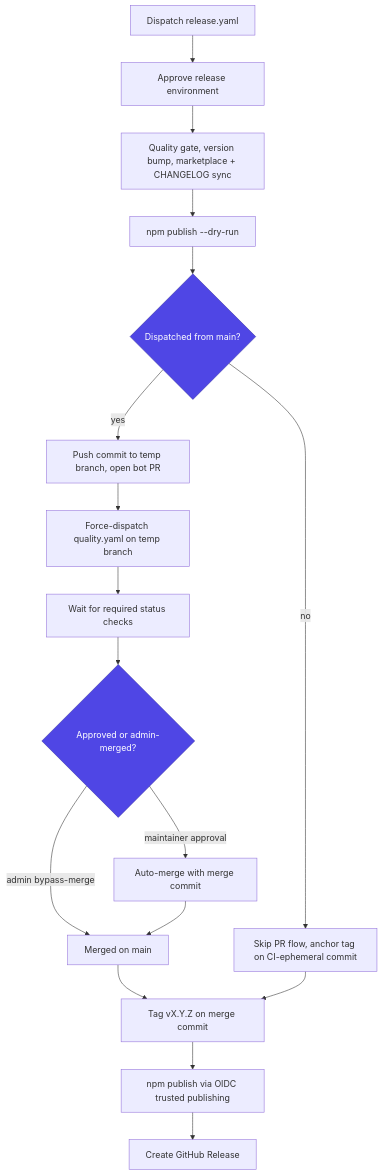
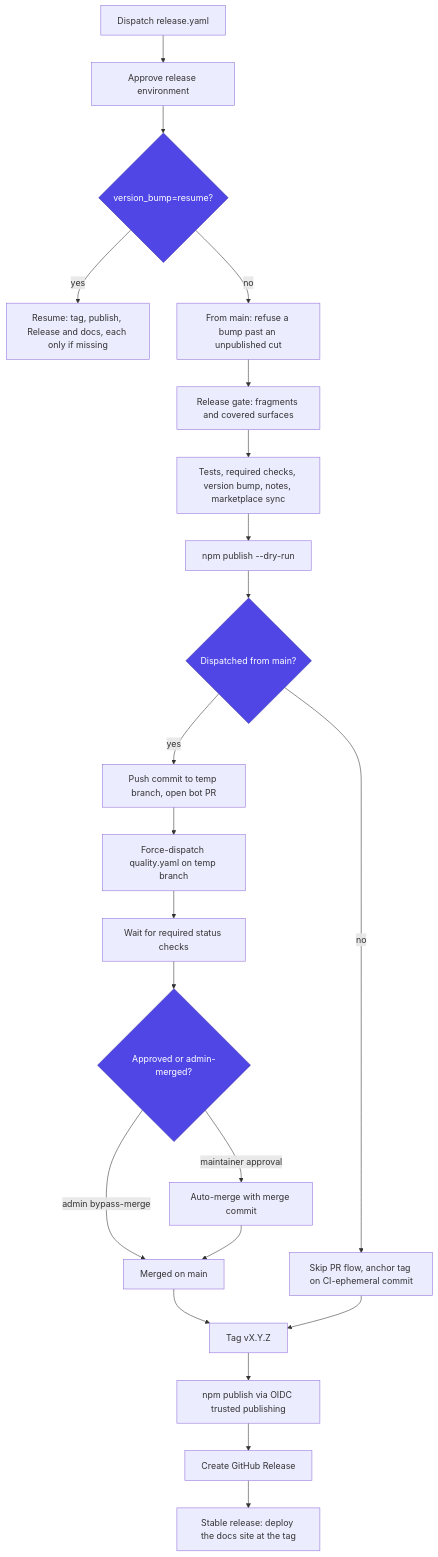
Before and after one commit to armelhbobdad/bmad-module-ultracode-goal: the diagram in docs/_internal/RELEASING.md, drawn with Mermaid. The commit also changed other lines of this file and 5 other files, not shown here.

First line of the commit message:
docs(releasing): rebuild the runbook on the new release flow

````diff
--- a/docs/_internal/RELEASING.md
+++ b/docs/_internal/RELEASING.md
@@ -26,21 +46,26 @@
 ```mermaid
 flowchart TD
     D["Dispatch release.yaml"] --> P["Approve release environment"]
-    P --> Q["Quality gate, version bump, marketplace + CHANGELOG sync"]
+    P --> RES{"version_bump=resume?"}
+    RES -->|"yes"| RS["Resume: tag, publish, Release and docs, each only if missing"]
+    RES -->|"no"| GU["From main: refuse a bump past an unpublished cut"]
+    GU --> G["Release gate: fragments and covered surfaces"]
+    G --> Q["Tests, required checks, version bump, notes, marketplace sync"]
     Q --> DR["npm publish --dry-run"]
     DR --> REF{"Dispatched from main?"}
     REF -->|"yes"| BR["Push commit to temp branch, open bot PR"]
     BR --> FT["Force-dispatch quality.yaml on temp branch"]
     FT --> WC["Wait for required status checks"]
     WC --> AUTH{"Approved or admin-merged?"}
     AUTH -->|"maintainer approval"| AM["Auto-merge with merge commit"]
     AUTH -->|"admin bypass-merge"| MG["Merged on main"]
     AM --> MG
-    MG --> TAG["Tag vX.Y.Z on merge commit"]
+    MG --> TAG["Tag vX.Y.Z"]
     REF -->|"no"| SKIP["Skip PR flow, anchor tag on CI-ephemeral commit"]
     SKIP --> TAG
     TAG --> PUB["npm publish via OIDC trusted publishing"]
     PUB --> REL["Create GitHub Release"]
+    REL --> DOCS["Stable release: deploy the docs site at the tag"]
     classDef verdict fill:#4F46E5,stroke:#3730A3,color:#fff
-    class REF,AUTH verdict
+    class RES,REF,AUTH verdict
 ```
````
